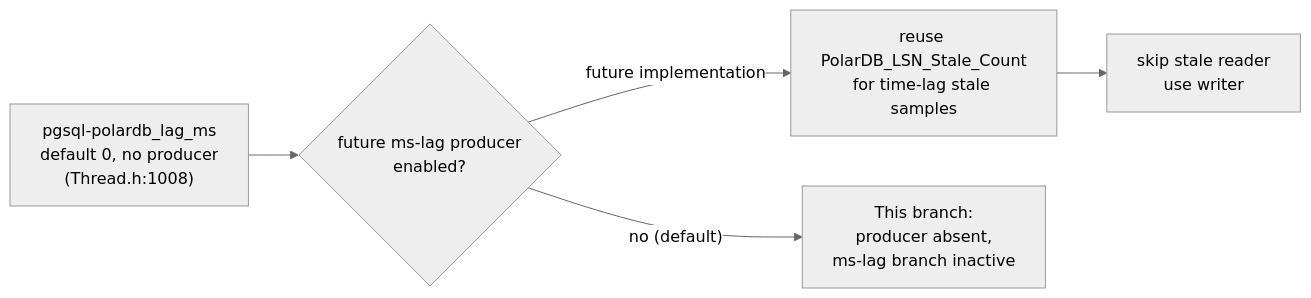
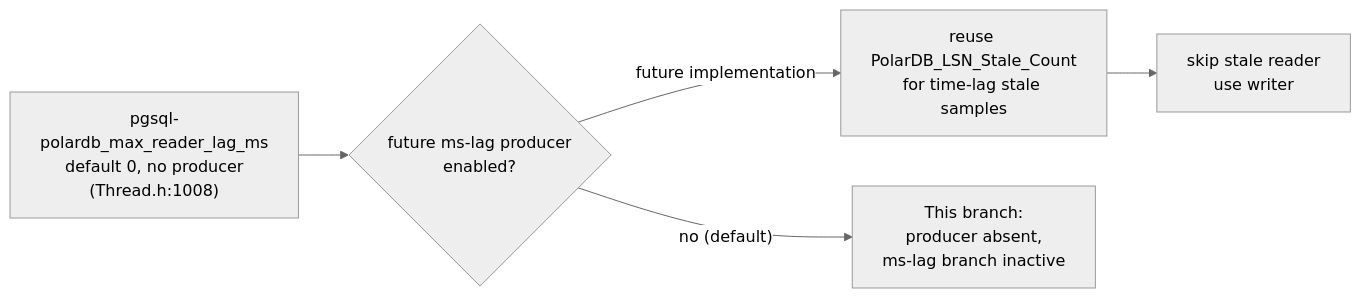
Before and after one commit to awide-labs/polar-proxy: the third of 3 diagrams in doc/polardb-arch/15-LIMITATIONS-AND-ROADMAP.md, drawn with Mermaid (neutral theme). The commit also changed other lines of this file and 29 other files, not shown here.

First line of the commit message:
docs(polardb): document v15_wait extended query flow

````diff
--- a/doc/polardb-arch/15-LIMITATIONS-AND-ROADMAP.md
+++ b/doc/polardb-arch/15-LIMITATIONS-AND-ROADMAP.md
@@ -499,11 +502,11 @@
 ```mermaid
 flowchart LR
-  KNOB["pgsql-polardb_lag_ms<br/>default 0, no producer<br/>(Thread.h:1008)"]
+  KNOB["pgsql-polardb_max_reader_lag_ms<br/>default 0, no producer<br/>(Thread.h:1008)"]
   condition{"future ms-lag producer<br/>enabled?"}
   STALE["reuse PolarDB_LSN_Stale_Count<br/>for time-lag stale samples"]
   SKIP["skip stale reader<br/>use writer"]
   NEVER["This branch:<br/>producer absent,<br/>ms-lag branch inactive"]
   KNOB --> condition
   condition -- "future implementation" --> STALE --> SKIP
   condition -- "no (default)" --> NEVER
 ```
````
